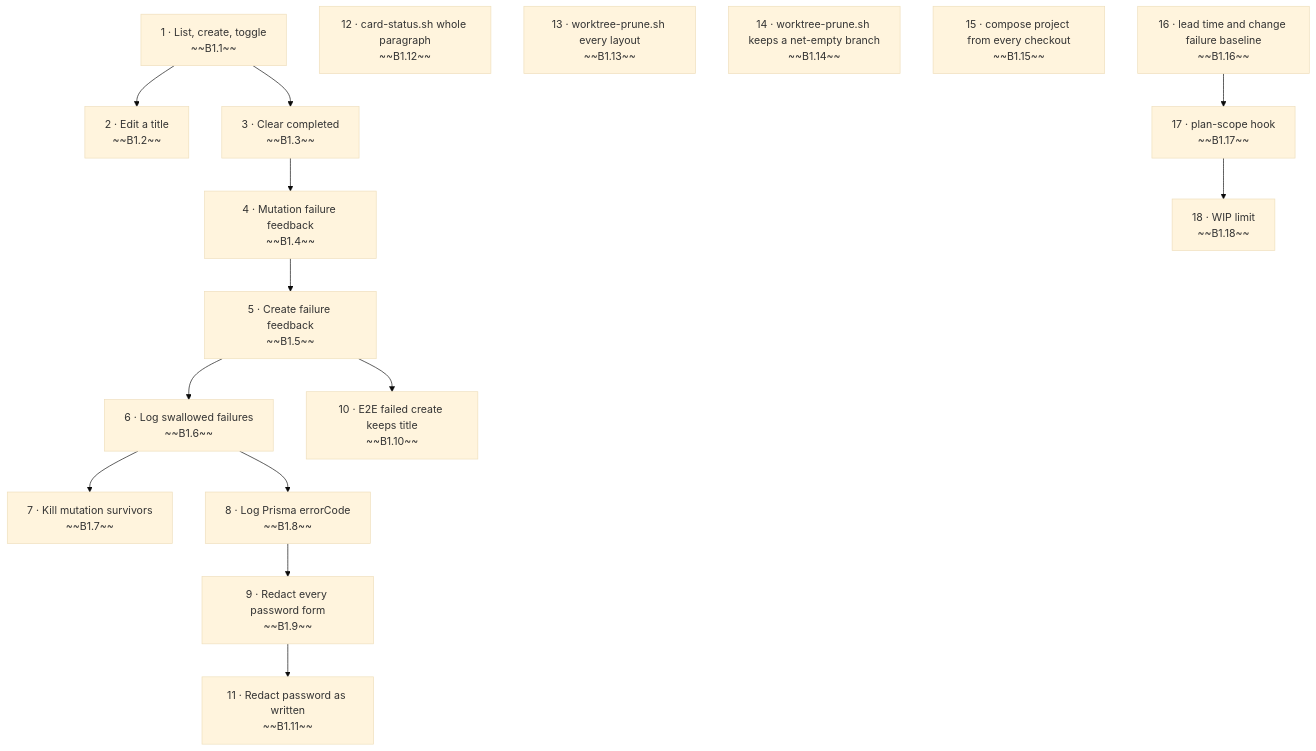
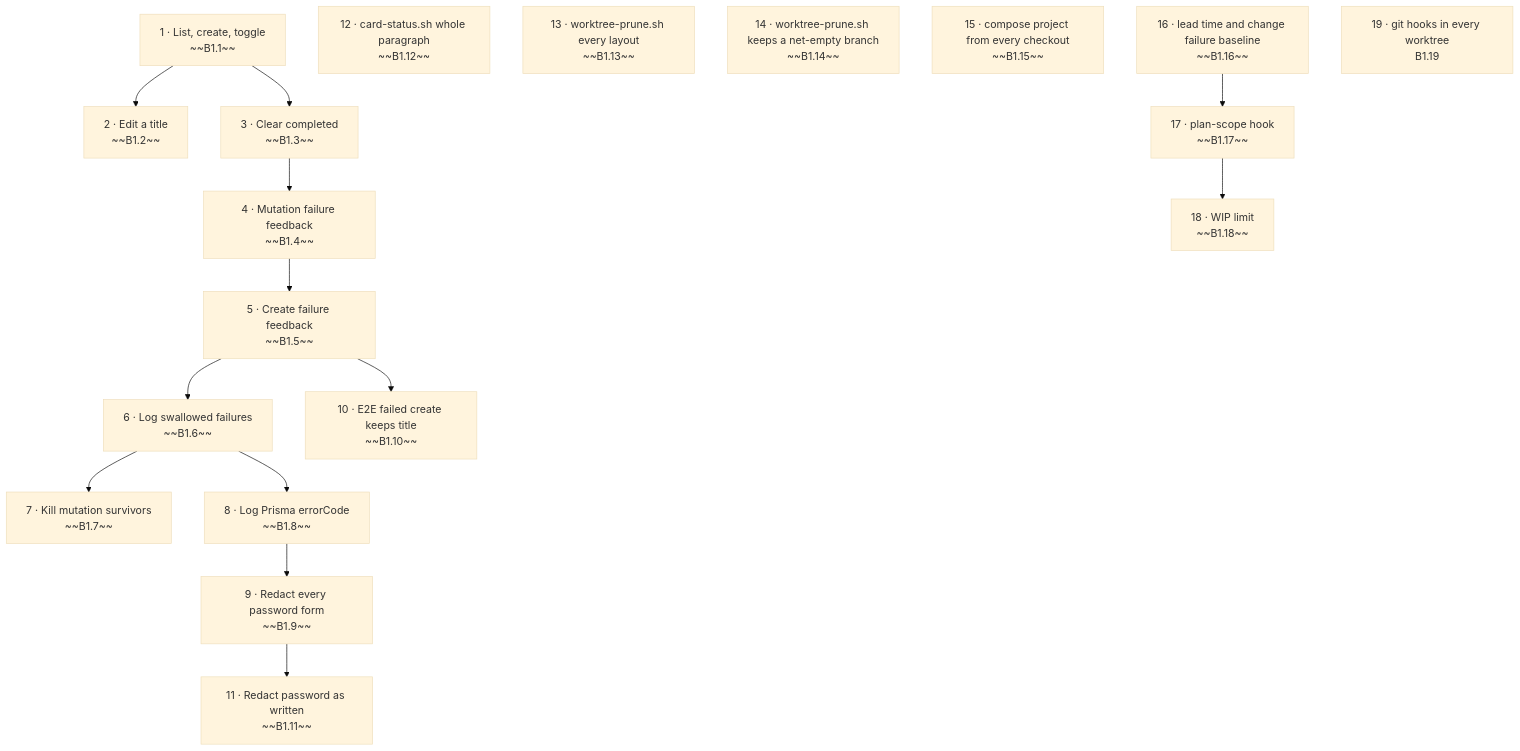
The diagram in backlog/README.md (st-minhho2/level-up-lab), drawn with Mermaid (base theme) before and after one commit. The commit also changed other lines of this file and 1 other file, not shown here.

Commit message:
docs(backlog): card B1.19 git hooks in every worktree

````diff
--- a/backlog/README.md
+++ b/backlog/README.md
@@ -15,33 +15,34 @@
 ```mermaid
 flowchart TD
   S1["1 · List, create, toggle<br/>~~B1.1~~"]
   S2["2 · Edit a title<br/>~~B1.2~~"]
   S3["3 · Clear completed<br/>~~B1.3~~"]
   S1 --> S2
   S4["4 · Mutation failure feedback<br/>~~B1.4~~"]
   S1 --> S3
   S3 --> S4
   S5["5 · Create failure feedback<br/>~~B1.5~~"]
   S4 --> S5
   S6["6 · Log swallowed failures<br/>~~B1.6~~"]
   S5 --> S6
   S7["7 · Kill mutation survivors<br/>~~B1.7~~"]
   S6 --> S7
   S8["8 · Log Prisma errorCode<br/>~~B1.8~~"]
   S6 --> S8
   S9["9 · Redact every password form<br/>~~B1.9~~"]
   S8 --> S9
   S10["10 · E2E failed create keeps title<br/>~~B1.10~~"]
   S5 --> S10
   S11["11 · Redact password as written<br/>~~B1.11~~"]
   S9 --> S11
   S12["12 · card-status.sh whole paragraph<br/>~~B1.12~~"]
   S13["13 · worktree-prune.sh every layout<br/>~~B1.13~~"]
   S14["14 · worktree-prune.sh keeps a net-empty branch<br/>~~B1.14~~"]
   S15["15 · compose project from every checkout<br/>~~B1.15~~"]
   S16["16 · lead time and change failure baseline<br/>~~B1.16~~"]
   S17["17 · plan-scope hook<br/>~~B1.17~~"]
   S18["18 · WIP limit<br/>~~B1.18~~"]
+  S19["19 · git hooks in every worktree<br/>B1.19"]
   S17 --> S18
   S16 --> S17
 ```
````
